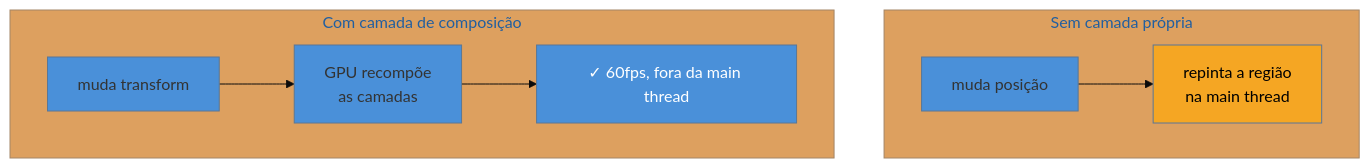
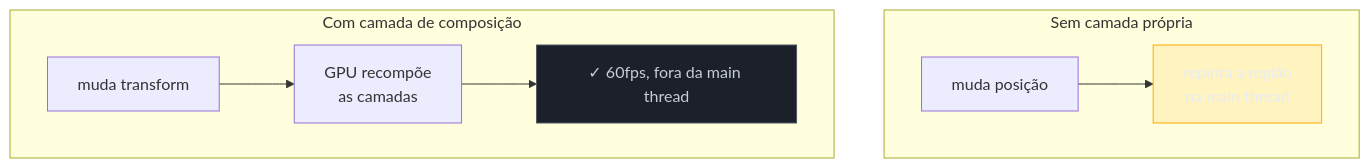
Before and after one commit to josenaldo/codex-technomanticus: the diagram in 03-Dominios/Tecnologia/Web Performance/Performance de Runtime e Rendering/06 - Compositing e animações na GPU.md, drawn with Mermaid. The commit also changed 1181 other files, not shown here.

First line of the commit message:
fix(diagramas): paleta do sistema no lugar de cor cravada no markdown

````diff
--- a/03-Dominios/Tecnologia/Web Performance/Performance de Runtime e Rendering/06 - Compositing e animações na GPU.md
+++ b/03-Dominios/Tecnologia/Web Performance/Performance de Runtime e Rendering/06 - Compositing e animações na GPU.md
@@ -33,13 +33,14 @@
 ```mermaid
-%%{init: {"theme": "base", "themeVariables": {"primaryColor": "#4A90D9"}}}%%
 graph TB
+    classDef destaque fill:#FFAA0024,stroke:#FFAA00,color:#E9ECF2
+    classDef neutro fill:#1B2029,stroke:#4E5666,color:#C6CCD8
     subgraph SEM["Sem camada própria"]
         A[muda posição] --> B[repinta a região<br/>na main thread]
     end
     subgraph COM["Com camada de composição"]
         C[muda transform] --> D[GPU recompõe<br/>as camadas]
         D --> E[✓ 60fps, fora da main thread]
     end
-    style B fill:#F5A623,color:#000
-    style E fill:#4A90D9,color:#fff
+    class B destaque
+    class E neutro
 ```
````
